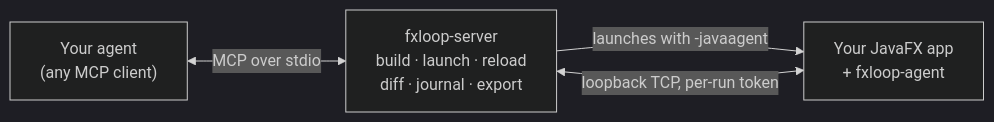
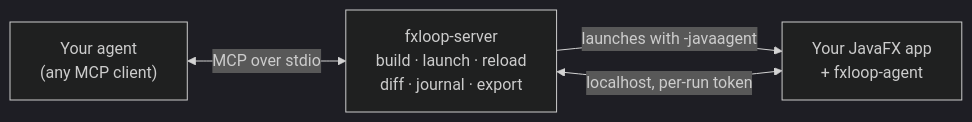
One commit to h9lxyz/fxloop changed the diagram in README.md. Above: the diagram before and after it, drawn with Mermaid (dark theme). The commit also changed other lines of this file, not shown here.

````diff
--- a/README.md
+++ b/README.md
@@ -232,6 +241,6 @@
 ```mermaid
 flowchart LR
     A["Your agent<br/>(any MCP client)"] <-->|"MCP over stdio"| S["fxloop-server<br/>build · launch · reload<br/>diff · journal · export"]
     S -->|"launches with -javaagent"| J["Your JavaFX app<br/>+ fxloop-agent"]
-    S <-->|"loopback TCP, per-run token"| J
+    S <-->|"localhost, per-run token"| J
 ```
````
